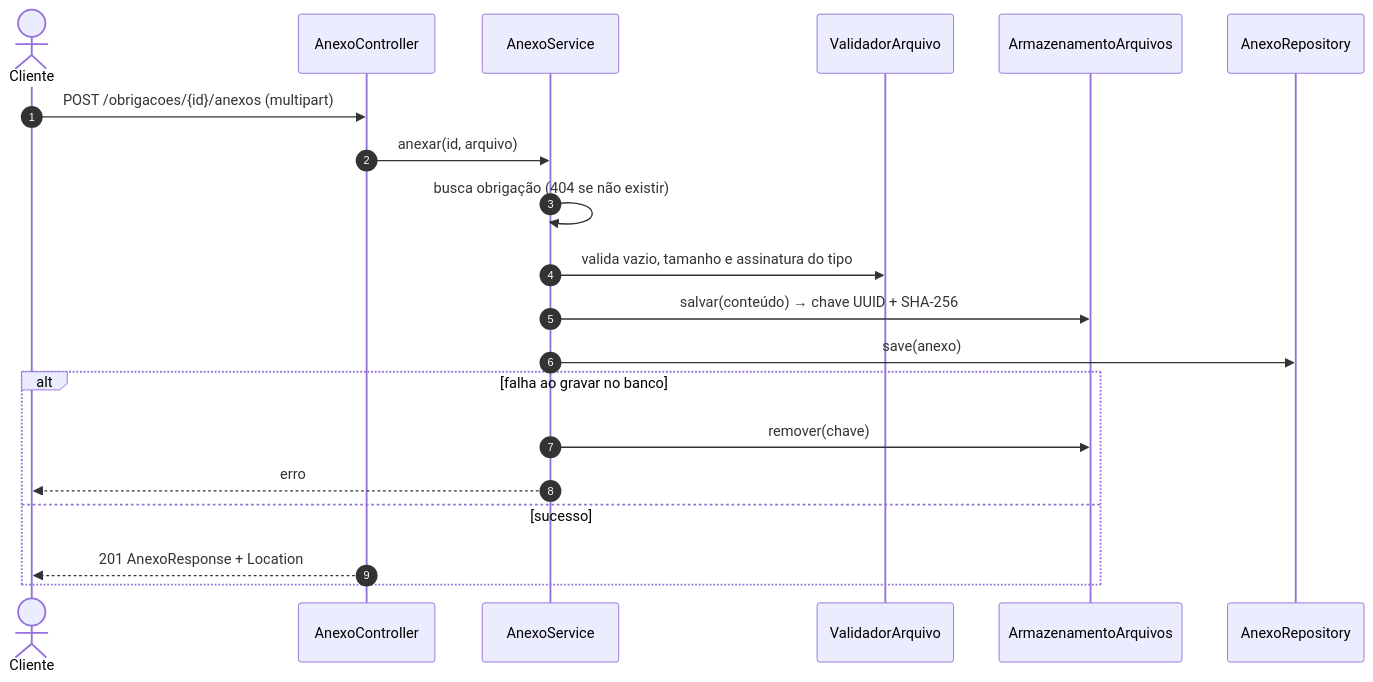
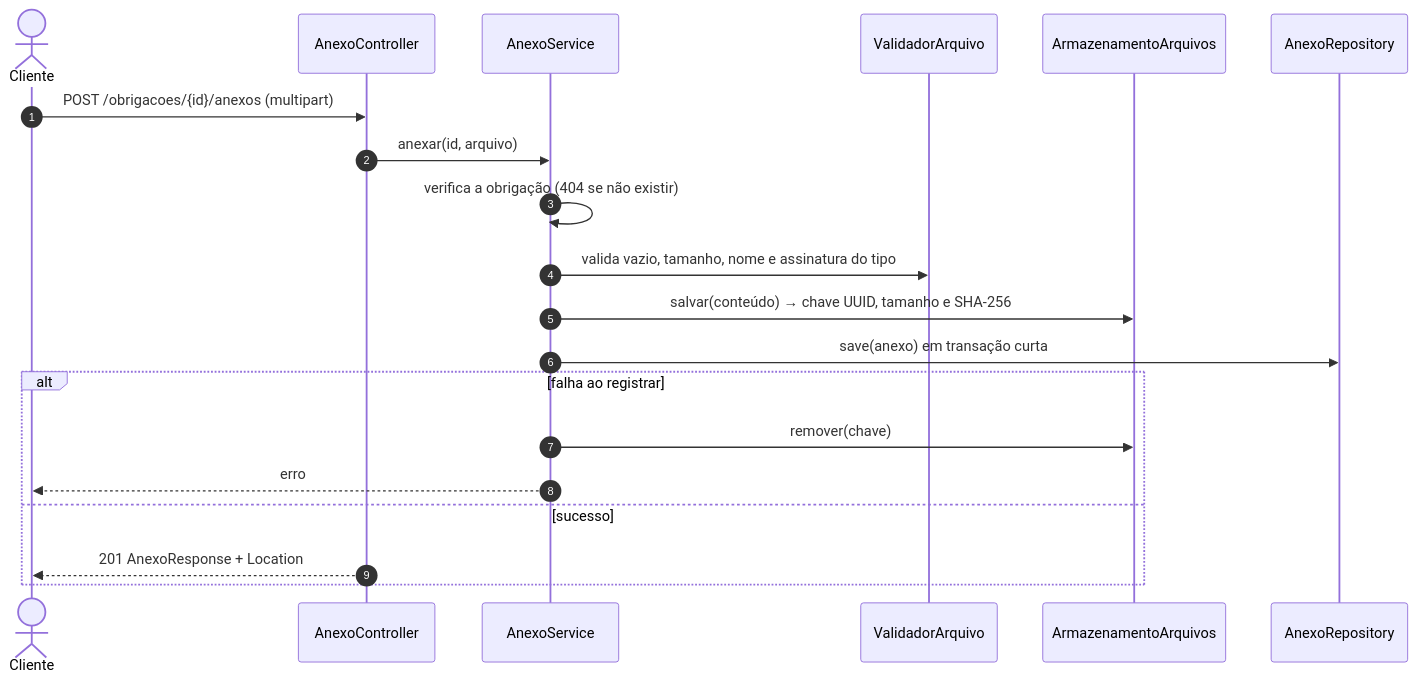
The sixth of 10 diagrams in docs/02-arquitetura.md (rafaelsdiniz/obrigacoes-backend), drawn with Mermaid before and after one commit. The commit also changed other lines of this file and 4 other files, not shown here.

````diff
--- a/docs/02-arquitetura.md
+++ b/docs/02-arquitetura.md
@@ -245,22 +247,22 @@
 ```mermaid
 sequenceDiagram
     autonumber
     actor C as Cliente
     participant Ctl as AnexoController
     participant Svc as AnexoService
     participant Val as ValidadorArquivo
     participant Arm as ArmazenamentoArquivos
     participant Repo as AnexoRepository
     C->>Ctl: POST /obrigacoes/{id}/anexos (multipart)
     Ctl->>Svc: anexar(id, arquivo)
-    Svc->>Svc: busca obrigação (404 se não existir)
-    Svc->>Val: valida vazio, tamanho e assinatura do tipo
-    Svc->>Arm: salvar(conteúdo) → chave UUID + SHA-256
-    Svc->>Repo: save(anexo)
-    alt falha ao gravar no banco
+    Svc->>Svc: verifica a obrigação (404 se não existir)
+    Svc->>Val: valida vazio, tamanho, nome e assinatura do tipo
+    Svc->>Arm: salvar(conteúdo) → chave UUID, tamanho e SHA-256
+    Svc->>Repo: save(anexo) em transação curta
+    alt falha ao registrar
         Svc->>Arm: remover(chave)
         Svc-->>C: erro
     else sucesso
         Ctl-->>C: 201 AnexoResponse + Location
     end
 ```
````
